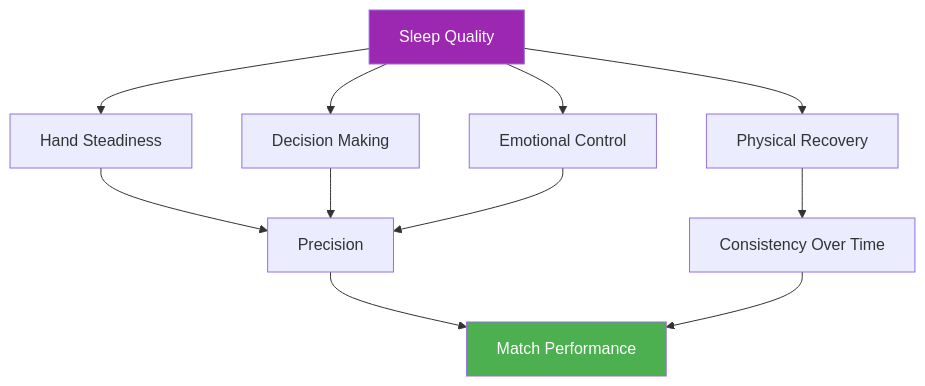
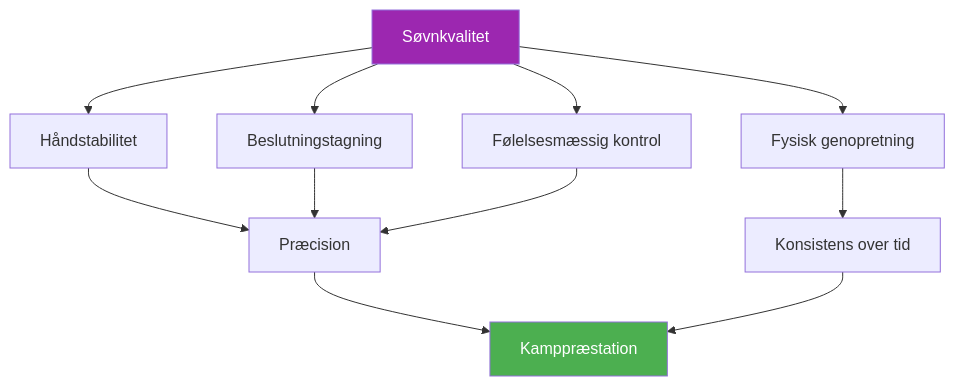
The diagram in docs/da/education/sleep/index.md (patwii/petanque-academy), drawn with Mermaid before and after one commit. The commit also changed other lines of this file and 550 other files, not shown here.

````diff
--- a/docs/da/education/sleep/index.md
+++ b/docs/da/education/sleep/index.md
@@ -70,18 +70,18 @@
 ```mermaid
 flowchart TD
-    A[Sleep Quality] --> B[Hand Steadiness]
-    A --> C[Decision Making]
-    A --> D[Emotional Control]
-    A --> E[Physical Recovery]
+    A[Søvnkvalitet] --> B[Håndstabilitet]
+    A --> C[Beslutningstagning]
+    A --> D[Følelsesmæssig kontrol]
+    A --> E[Fysisk genopretning]
 
-    B --> F[Precision]
+    B --> F[Præcision]
     C --> F
     D --> F
-    E --> G[Consistency Over Time]
+    E --> G[Konsistens over tid]
 
-    F --> H[Match Performance]
+    F --> H[Kamppræstation]
     G --> H
 
     style A fill:#9C27B0,color:#fff
     style H fill:#4CAF50,color:#fff
 ```
````
